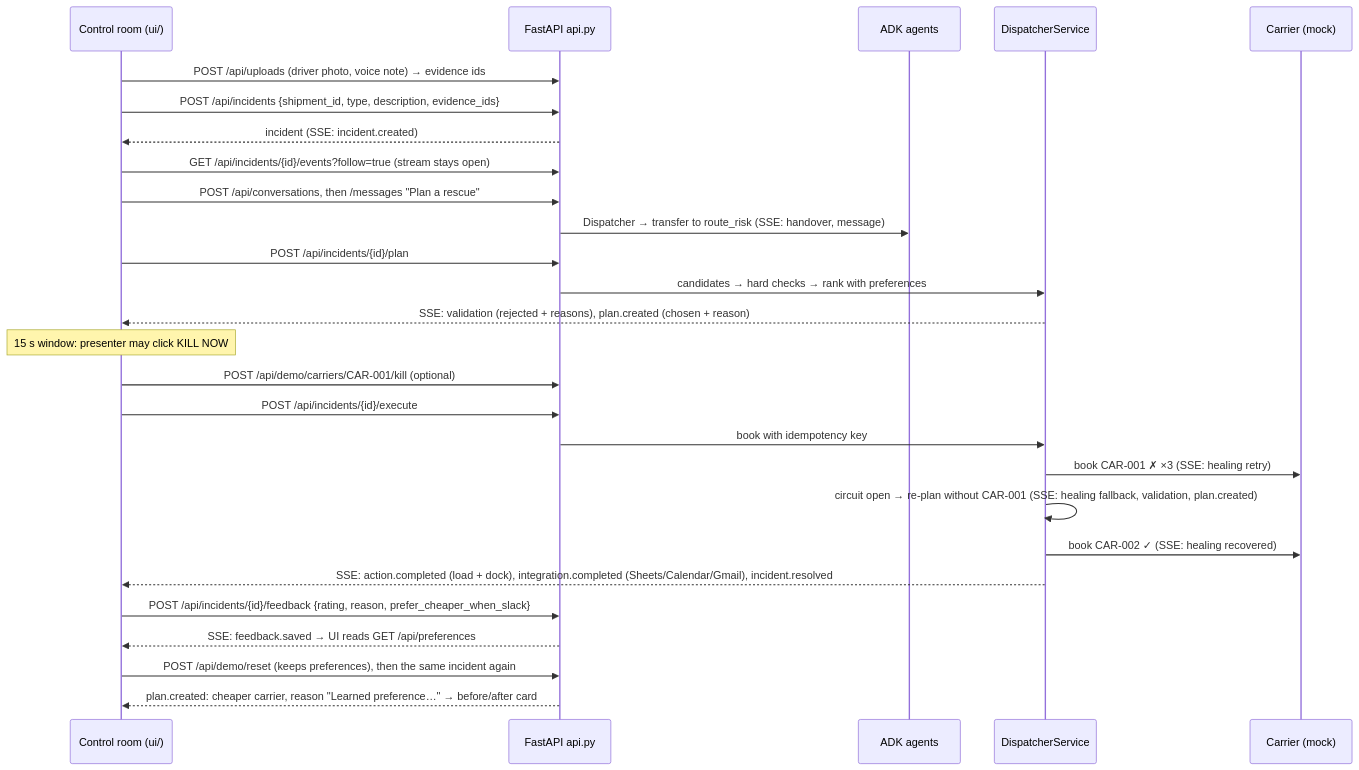
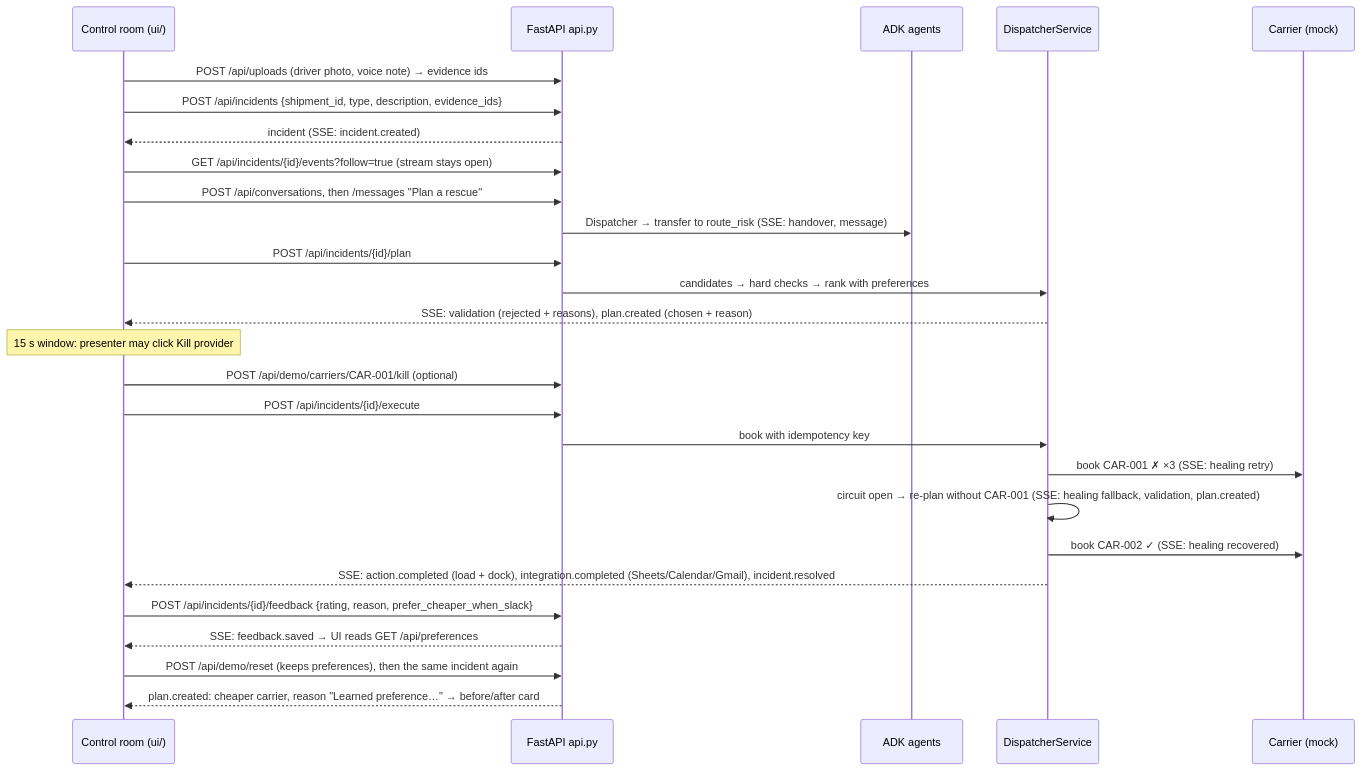
The second of 2 diagrams in README.md (HideshBalaji/gdg-agentwars), drawn with Mermaid before and after one commit. The commit also changed other lines of this file and 25 other files, not shown here.

````diff
--- a/README.md
+++ b/README.md
@@ -164,29 +177,29 @@
 ```mermaid
 sequenceDiagram
   participant U as Control room (ui/)
   participant A as FastAPI api.py
   participant D as ADK agents
   participant S as DispatcherService
   participant C as Carrier (mock)
   U->>A: POST /api/uploads (driver photo, voice note) → evidence ids
   U->>A: POST /api/incidents {shipment_id, type, description, evidence_ids}
   A-->>U: incident (SSE: incident.created)
   U->>A: GET /api/incidents/{id}/events?follow=true (stream stays open)
   U->>A: POST /api/conversations, then /messages "Plan a rescue"
   A->>D: Dispatcher → transfer to route_risk (SSE: handover, message)
   U->>A: POST /api/incidents/{id}/plan
   A->>S: candidates → hard checks → rank with preferences
   S-->>U: SSE: validation (rejected + reasons), plan.created (chosen + reason)
-  Note over U: 15 s window: presenter may click KILL NOW
+  Note over U: 15 s window: presenter may click Kill provider
   U->>A: POST /api/demo/carriers/CAR-001/kill (optional)
   U->>A: POST /api/incidents/{id}/execute
   A->>S: book with idempotency key
   S->>C: book CAR-001 ✗ ×3 (SSE: healing retry)
   S->>S: circuit open → re-plan without CAR-001 (SSE: healing fallback, validation, plan.created)
   S->>C: book CAR-002 ✓ (SSE: healing recovered)
   S-->>U: SSE: action.completed (load + dock), integration.completed (Sheets/Calendar/Gmail), incident.resolved
   U->>A: POST /api/incidents/{id}/feedback {rating, reason, prefer_cheaper_when_slack}
   A-->>U: SSE: feedback.saved → UI reads GET /api/preferences
   U->>A: POST /api/demo/reset (keeps preferences), then the same incident again
   A-->>U: plan.created: cheaper carrier, reason "Learned preference…" → before/after card
 ```
````
